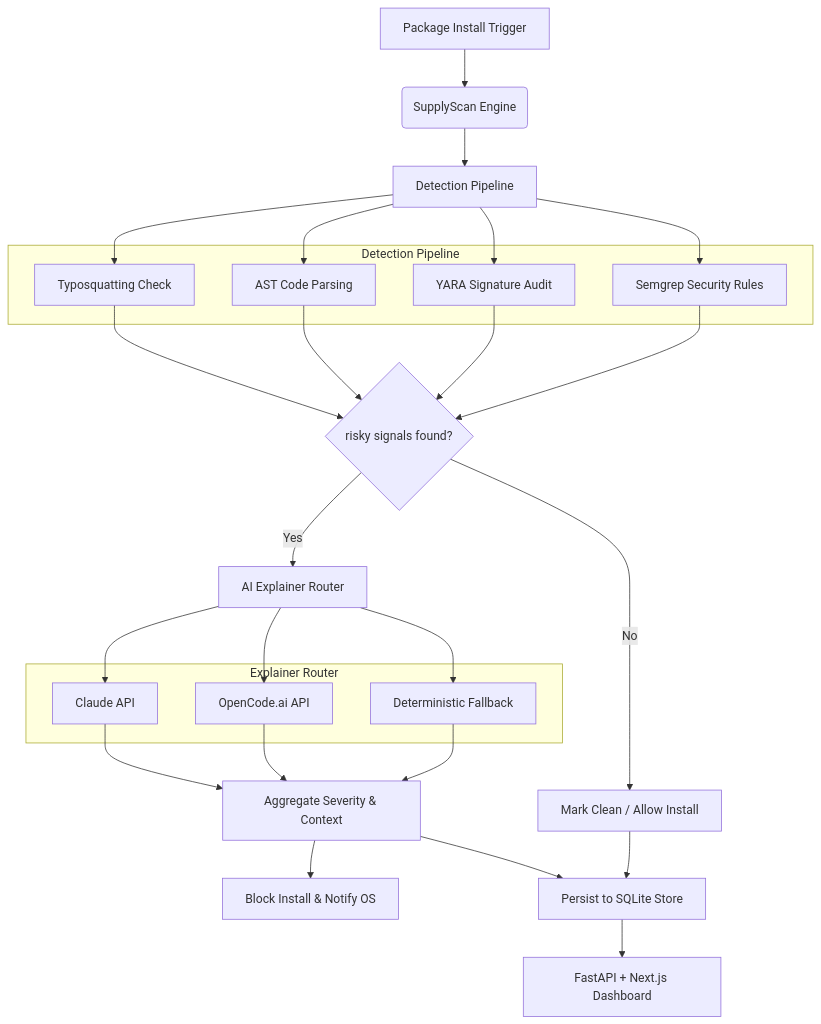
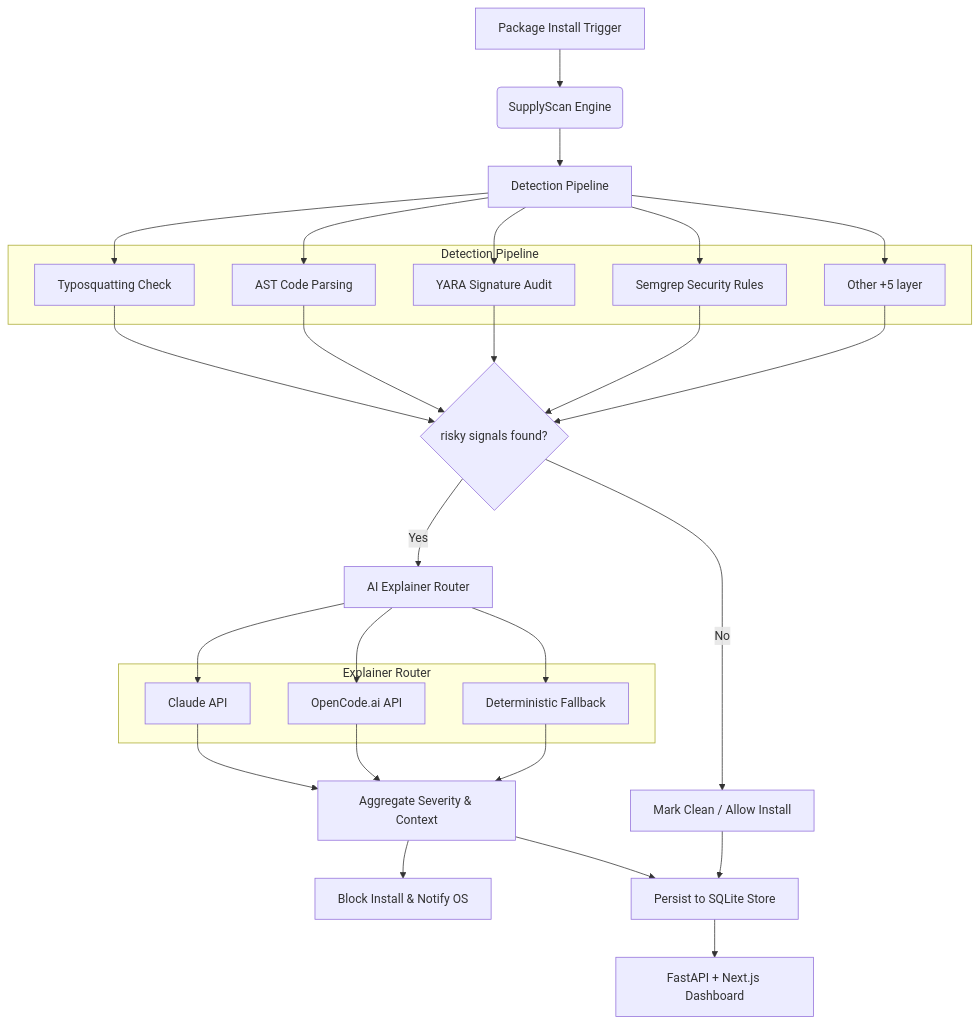
Before and after one commit to vrajbhai/SupplyScan: the diagram in README.md, drawn with Mermaid.

````diff
--- a/README.md
+++ b/README.md
@@ -39,44 +39,47 @@
 ```mermaid
 graph TD
     A[Package Install Trigger] --> B(SupplyScan Engine)
     B --> C[Detection Pipeline]
     
     subgraph Detection Pipeline
         C1[Typosquatting Check]
         C2[AST Code Parsing]
         C3[YARA Signature Audit]
         C4[Semgrep Security Rules]
+        C5[Other +5 layer]
     end
     
     C --> C1
     C --> C2
     C --> C3
     C --> C4
+    C --> C5
     
     C1 --> D{risky signals found?}
     C2 --> D
     C3 --> D
     C4 --> D
+    C5 --> D
     
     D -- No --> E[Mark Clean / Allow Install]
     D -- Yes --> F[AI Explainer Router]
     
     subgraph Explainer Router
         F1[Claude API]
         F2[OpenCode.ai API]
         F3[Deterministic Fallback]
     end
     
     F --> F1
     F --> F2
     F --> F3
     
     F1 --> H[Aggregate Severity & Context]
     F2 --> H
     F3 --> H
     
     H --> I[Block Install & Notify OS]
     H --> J[Persist to SQLite Store]
     E --> J
     J --> K[FastAPI + Next.js Dashboard]
 ```
````
